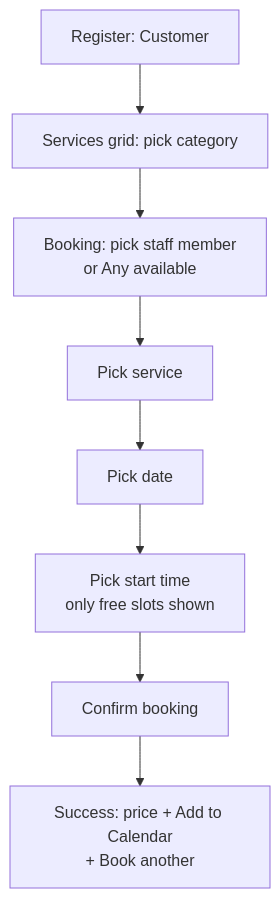
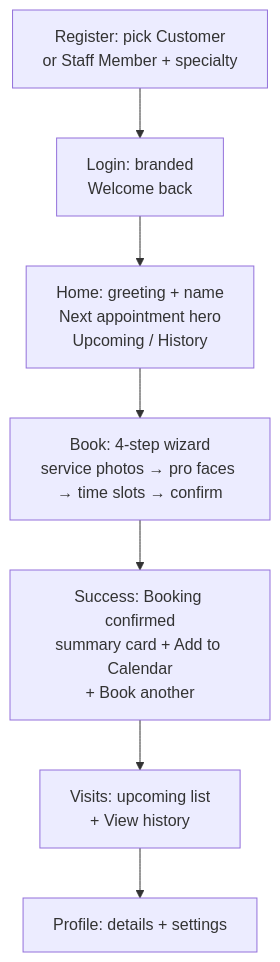
The third of 3 diagrams in docs/user-manual.md (Zsolt-85/restorahub), drawn with Mermaid before and after one commit. The commit also changed other lines of this file and 62 other files, not shown here.

````diff
--- a/docs/user-manual.md
+++ b/docs/user-manual.md
@@ -67,10 +87,9 @@
 ```mermaid
 flowchart TD
-    R[Register: Customer] --> G[Services grid: pick category]
-    G --> P[Booking: pick staff member\nor Any available]
-    P --> S[Pick service]
-    S --> D[Pick date]
-    D --> T[Pick start time\nonly free slots shown]
-    T --> C[Confirm booking]
-    C --> OK[Success: price + Add to Calendar\n+ Book another]
+    R[Register: pick Customer\nor Staff Member + specialty] --> L[Login: branded\nWelcome back]
+    L --> H[Home: greeting + name\nNext appointment hero\nUpcoming / History]
+    H --> B[Book: 4-step wizard\nservice photos → pro faces → time slots → confirm]
+    B --> OK[Success: Booking confirmed\nsummary card + Add to Calendar\n+ Book another]
+    OK --> V[Visits: upcoming list\n+ View history]
+    V --> P[Profile: details + settings]
 ```
````
